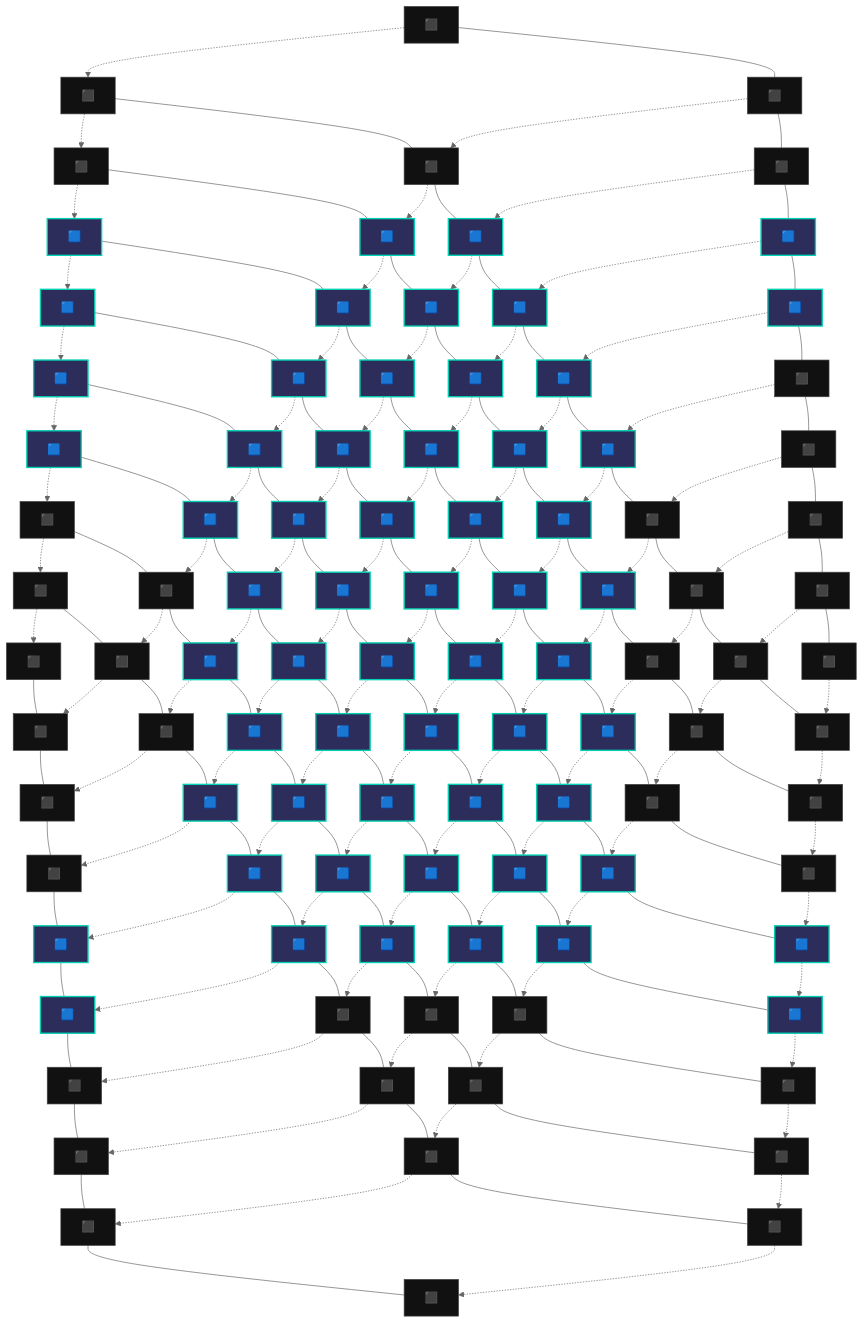
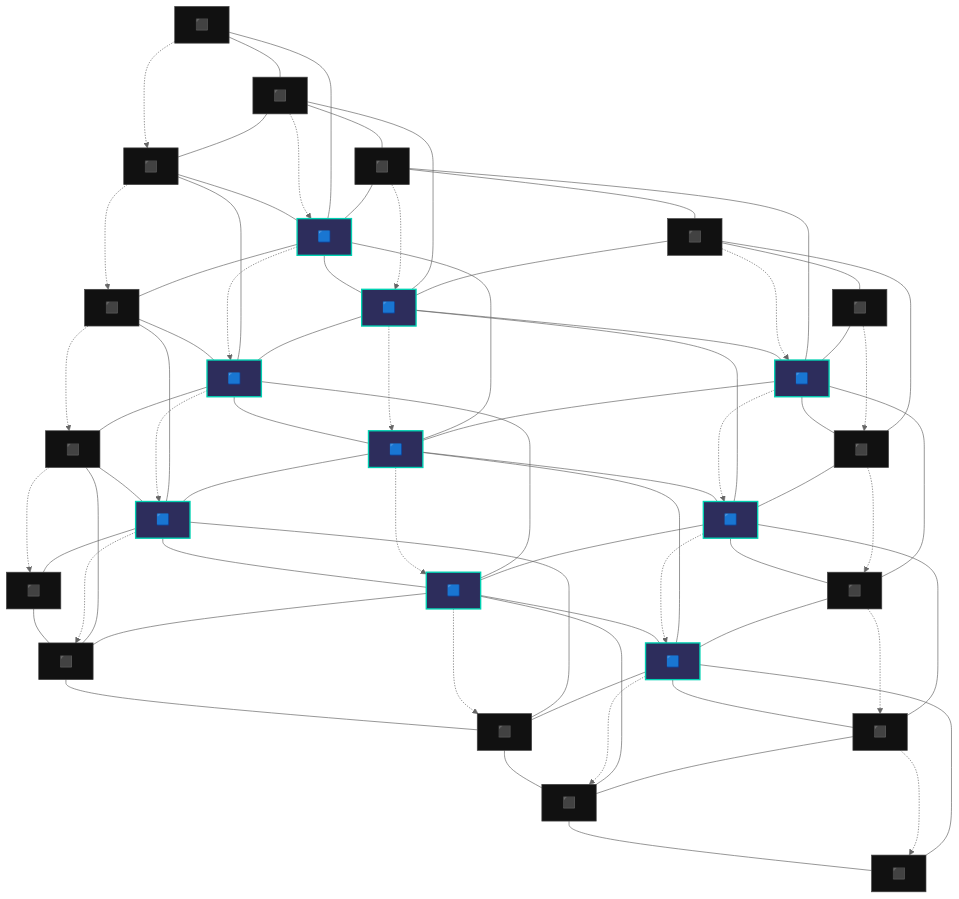
The second of 4 diagrams in game-design.md (fossabot/blacktrigram), drawn with Mermaid (neutral theme) before and after one commit.

````diff
--- a/game-design.md
+++ b/game-design.md
@@ -560,129 +560,81 @@
 ```mermaid
 flowchart TB
   %% Row 0
-  A1["⬛"] --- A2["⬛"] --- A3["⬛"] --- A4["🟦"] --- A5["🟦"] --- A6["⬛"] --- A7["⬛"] --- A8["⬛"] --- A9["⬛"] --- A10["⬛"]
+  A1["⬛"] --- A2["⬛"] --- A3["⬛"] --- A4["⬛"] --- A5["⬛"]
   %% Row 1
-  B1["⬛"] --- B2["⬛"] --- B3["🟦"] --- B4["🟦"] --- B5["🟦"] --- B6["🟦"] --- B7["⬛"] --- B8["⬛"] --- B9["⬛"] --- B10["⬛"]
+  B1["⬛"] --- B2["🟦"] --- B3["🟦"] --- B4["🟦"] --- B5["⬛"]
   %% Row 2
-  C1["⬛"] --- C2["🟦"] --- C3["🟦"] --- C4["🟦"] --- C5["🟦"] --- C6["🟦"] --- C7["🟦"] --- C8["⬛"] --- C9["⬛"] --- C10["⬛"]
+  C1["⬛"] --- C2["🟦"] --- C3["🟦"] --- C4["🟦"] --- C5["⬛"]
   %% Row 3
-  D1["🟦"] --- D2["🟦"] --- D3["🟦"] --- D4["🟦"] --- D5["🟦"] --- D6["🟦"] --- D7["🟦"] --- D8["🟦"] --- D9["⬛"] --- D10["⬛"]
+  D1["⬛"] --- D2["🟦"] --- D3["🟦"] --- D4["🟦"] --- D5["⬛"]
   %% Row 4
-  E1["🟦"] --- E2["🟦"] --- E3["🟦"] --- E4["🟦"] --- E5["🟦"] --- E6["🟦"] --- E7["🟦"] --- E8["🟦"] --- E9["🟦"] --- E10["🟦"]
-  %% Row 5
-  F1["🟦"] --- F2["🟦"] --- F3["🟦"] --- F4["🟦"] --- F5["🟦"] --- F6["🟦"] --- F7["🟦"] --- F8["🟦"] --- F9["🟦"] --- F10["🟦"]
-  %% Row 6
-  G1["🟦"] --- G2["🟦"] --- G3["🟦"] --- G4["🟦"] --- G5["🟦"] --- G6["🟦"] --- G7["🟦"] --- G8["🟦"] --- G9["⬛"] --- G10["⬛"]
-  %% Row 7
-  H1["⬛"] --- H2["⬛"] --- H3["🟦"] --- H4["🟦"] --- H5["🟦"] --- H6["🟦"] --- H7["🟦"] --- H8["⬛"] --- H9["⬛"] --- H10["⬛"]
-  %% Row 8
-  I1["⬛"] --- I2["⬛"] --- I3["⬛"] --- I4["🟦"] --- I5["🟦"] --- I6["🟦"] --- I7["⬛"] --- I8["⬛"] --- I9["⬛"] --- I10["⬛"]
-  %% Row 9
-  J1["⬛"] --- J2["⬛"] --- J3["⬛"] --- J4["⬛"] --- J5["🟦"] --- J6["🟦"] --- J7["⬛"] --- J8["⬛"] --- J9["⬛"] --- J10["⬛"]
+  E1["⬛"] --- E2["⬛"] --- E3["⬛"] --- E4["⬛"] --- E5["⬛"]
 
-  %% Vertical alignment (each link on its own line)
+  %% Vertical alignment
   A1 -.-> B1
   A2 -.-> B2
   A3 -.-> B3
   A4 -.-> B4
   A5 -.-> B5
-  A6 -.-> B6
-  A7 -.-> B7
-  A8 -.-> B8
-  A9 -.-> B9
-  A10 -.-> B10
 
   B1 -.-> C1
   B2 -.-> C2
   B3 -.-> C3
   B4 -.-> C4
   B5 -.-> C5
-  B6 -.-> C6
-  B7 -.-> C7
-  B8 -.-> C8
-  B9 -.-> C9
-  B10 -.-> C10
 
   C1 -.-> D1
   C2 -.-> D2
   C3 -.-> D3
   C4 -.-> D4
   C5 -.-> D5
-  C6 -.-> D6
-  C7 -.-> D7
-  C8 -.-> D8
-  C9 -.-> D9
-  C10 -.-> D10
 
   D1 -.-> E1
   D2 -.-> E2
   D3 -.-> E3
   D4 -.-> E4
   D5 -.-> E5
-  D6 -.-> E6
-  D7 -.-> E7
-  D8 -.-> E8
-  D9 -.-> E9
-  D10 -.-> E10
 
-  E1 -.-> F1
-  E2 -.-> F2
-  E3 -.-> F3
-  E4 -.-> F4
-  E5 -.-> F5
-  E6 -.-> F6
-  E7 -.-> F7
-  E8 -.-> F8
-  E9 -.-> F9
-  E10 -.-> F10
+  %% Diagonals
+  A1 --- B2
+  A2 --- B1
+  A2 --- B3
+  A3 --- B2
+  A3 --- B4
+  A4 --- B3
+  A4 --- B5
+  A5 --- B4
 
-  F1 -.-> G1
-  F2 -.-> G2
-  F3 -.-> G3
-  F4 -.-> G4
-  F5 -.-> G5
-  F6 -.-> G6
-  F7 -.-> G7
-  F8 -.-> G8
-  F9 -.-> G9
-  F10 -.-> G10
+  B1 --- C2
+  B2 --- C1
+  B2 --- C3
+  B3 --- C2
+  B3 --- C4
+  B4 --- C3
+  B4 --- C5
+  B5 --- C4
 
-  G1 -.-> H1
-  G2 -.-> H2
-  G3 -.-> H3
-  G4 -.-> H4
-  G5 -.-> H5
-  G6 -.-> H6
-  G7 -.-> H7
-  G8 -.-> H8
-  G9 -.-> H9
-  G10 -.-> H10
+  C1 --- D2
+  C2 --- D1
+  C2 --- D3
+  C3 --- D2
+  C3 --- D4
+  C4 --- D3
+  C4 --- D5
+  C5 --- D4
 
-  H1 -.-> I1
-  H2 -.-> I2
-  H3 -.-> I3
-  H4 -.-> I4
-  H5 -.-> I5
-  H6 -.-> I6
-  H7 -.-> I7
-  H8 -.-> I8
-  H9 -.-> I9
-  H10 -.-> I10
-
-  I1 -.-> J1
-  I2 -.-> J2
-  I3 -.-> J3
-  I4 -.-> J4
-  I5 -.-> J5
-  I6 -.-> J6
-  I7 -.-> J7
-  I8 -.-> J8
-  I9 -.-> J9
-  I10 -.-> J10
+  D1 --- E2
+  D2 --- E1
+  D2 --- E3
+  D3 --- E2
+  D3 --- E4
+  D4 --- E3
+  D4 --- E5
+  D5 --- E4
 
   classDef playable fill:#2d2d5c,stroke:#00d1b2,stroke-width:2px,color:#ffffff;
   classDef outOfBounds fill:#111111,stroke:#444444,stroke-width:1px,color:#888888;
 
-  class A4,A5,B3,B4,B5,B6,C2,C3,C4,C5,C6,C7,D1,D2,D3,D4,D5,D6,D7,D8,E1,E2,E3,E4,E5,E6,E7,E8,E9,E10,F1,F2,F3,F4,F5,F6,F7,F8,F9,F10,G1,G2,G3,G4,G5,G6,G7,G8,H3,H4,H5,H6,H7,I4,I5,I6,J5,J6 playable;
-  class A1,A2,A3,A6,A7,A8,A9,A10,B1,B2,B7,B8,B9,B10,C1,C8,C9,C10,D9,D10,G9,G10,H1,H2,H8,H9,H10,I1,I2,I3,I7,I8,I9,I10,J1,J2,J3,J4,J7,J8,J9,J10 outOfBounds;
+  class B2,B3,B4,C2,C3,C4,D2,D3,D4 playable;
+  class A1,A2,A3,A4,A5,B1,B5,C1,C5,D1,D5,E1,E2,E3,E4,E5 outOfBounds;
 ```
````
